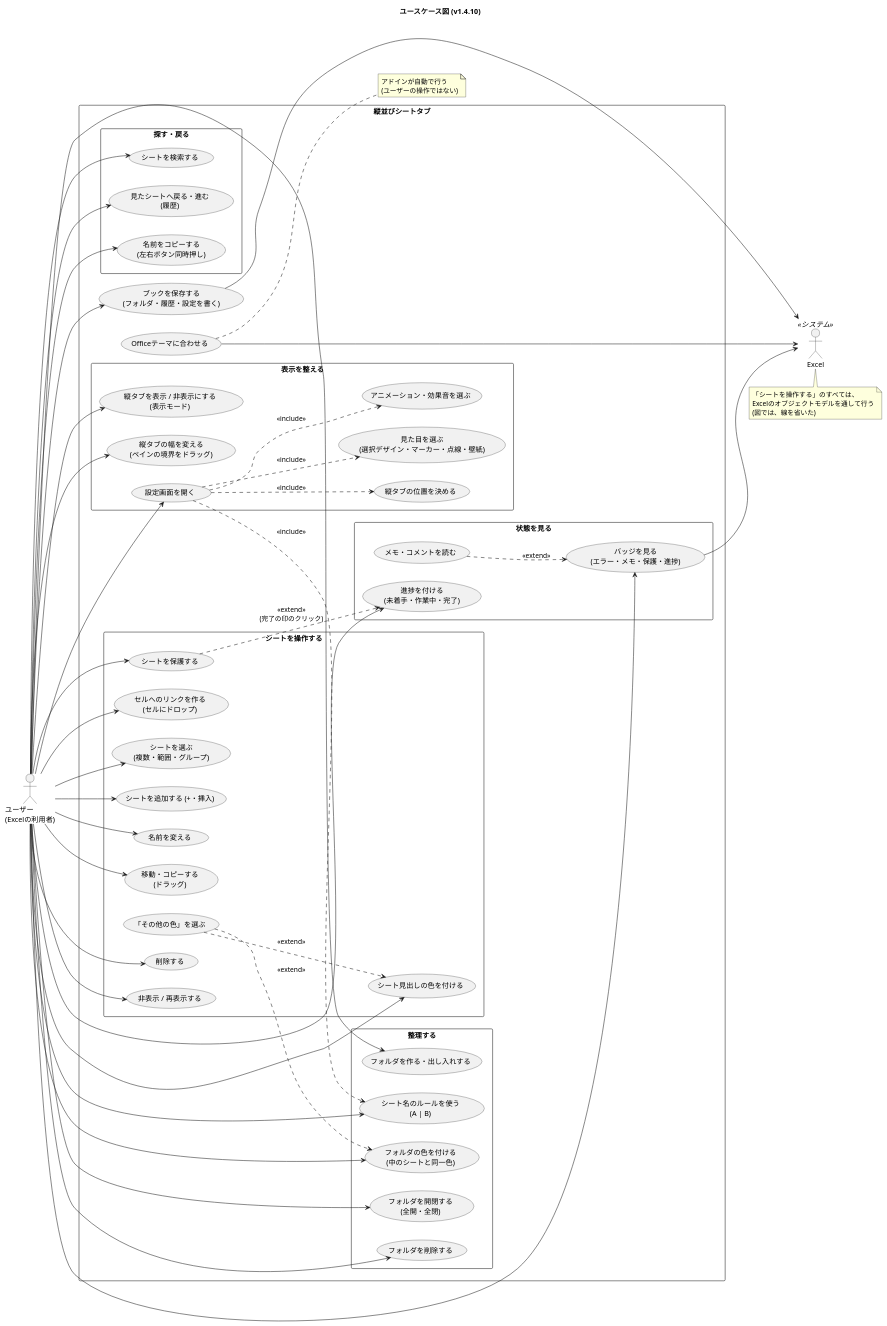
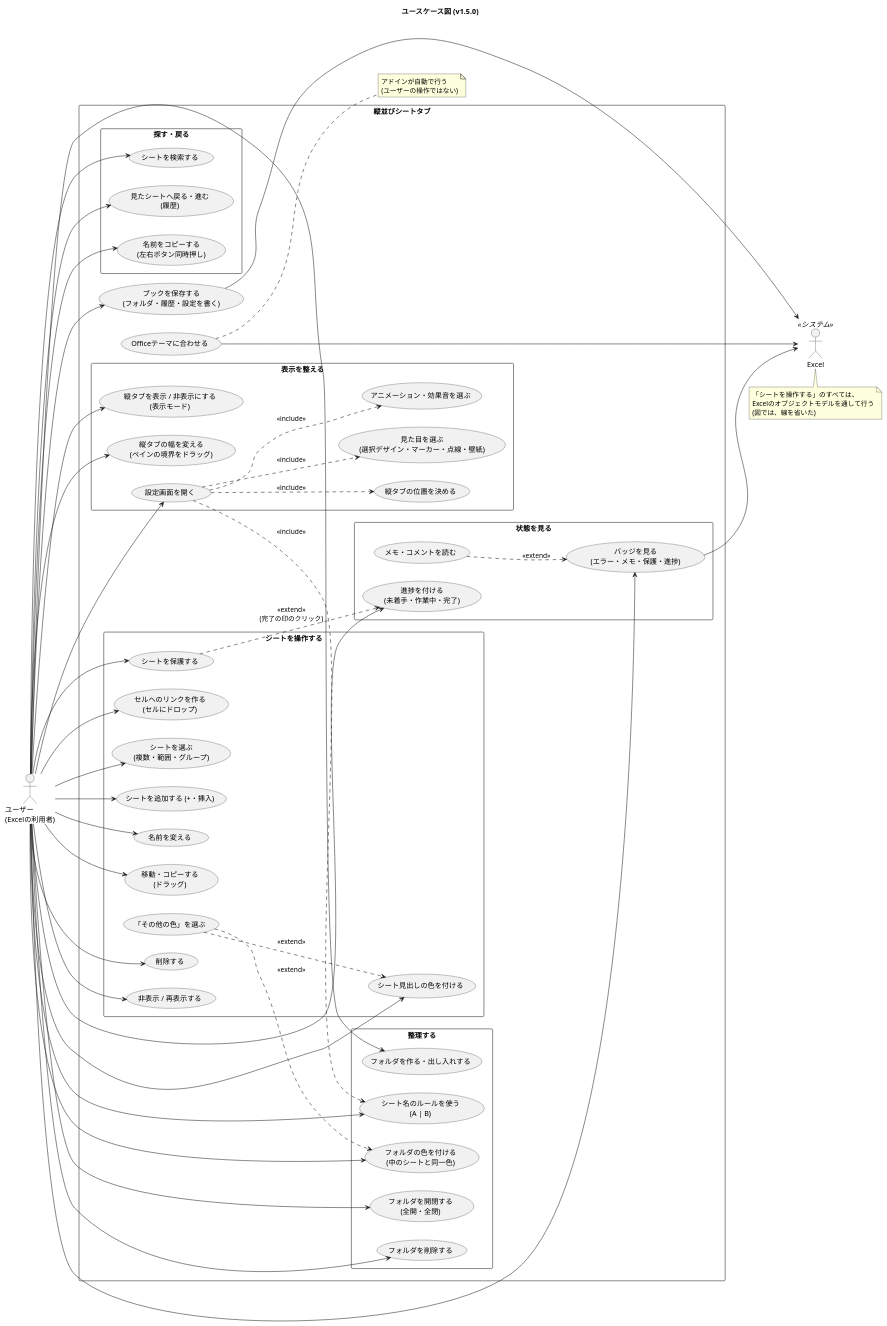
The diagram in docs/usecase.puml (nk-taka623/VerticalSheetTabs), drawn with PlantUML before and after one commit. The commit also changed 14 other files, not shown here.

```diff
--- a/docs/usecase.puml
+++ b/docs/usecase.puml
@@ -1,105 +1,105 @@
 @startuml
-title ユースケース図 (v1.4.10)
+title ユースケース図 (v1.5.0)
 left to right direction
 skinparam shadowing false
 skinparam packageStyle rectangle
 
 actor "ユーザー\n(Excelの利用者)" as U
 actor "Excel" as XL <<システム>>
 
 rectangle "縦並びシートタブ" {
 
   package "シートを操作する" {
     usecase "シートを選ぶ\n(複数・範囲・グループ)" as UC_SEL
     usecase "シートを追加する (+・挿入)" as UC_ADD
     usecase "名前を変える" as UC_REN
     usecase "移動・コピーする\n(ドラッグ)" as UC_MOVE
     usecase "削除する" as UC_DEL
     usecase "非表示 / 再表示する" as UC_HIDE
     usecase "シート見出しの色を付ける" as UC_COLOR
     usecase "「その他の色」を選ぶ" as UC_MORE
     usecase "シートを保護する" as UC_PROT
     usecase "セルへのリンクを作る\n(セルにドロップ)" as UC_LINK
   }
 
   package "整理する" {
     usecase "フォルダを作る・出し入れする" as UC_FOLDER
     usecase "フォルダを開閉する\n(全開・全閉)" as UC_TOGGLE
     usecase "フォルダの色を付ける\n(中のシートと同一色)" as UC_FCOLOR
     usecase "フォルダを削除する" as UC_FDEL
     usecase "シート名のルールを使う\n(A | B)" as UC_RULE
   }
 
   package "探す・戻る" {
     usecase "シートを検索する" as UC_SEARCH
     usecase "見たシートへ戻る・進む\n(履歴)" as UC_HIST
     usecase "名前をコピーする\n(左右ボタン同時押し)" as UC_COPY
   }
 
   package "状態を見る" {
     usecase "バッジを見る\n(エラー・メモ・保護・進捗)" as UC_BADGE
     usecase "メモ・コメントを読む" as UC_MEMO
     usecase "進捗を付ける\n(未着手・作業中・完了)" as UC_PROG
   }
 
   package "表示を整える" {
     usecase "縦タブを表示 / 非表示にする\n(表示モード)" as UC_MODE
     usecase "縦タブの位置を決める" as UC_SIDE
     usecase "縦タブの幅を変える\n(ペインの境界をドラッグ)" as UC_WIDTH
     usecase "設定画面を開く" as UC_SET
     usecase "見た目を選ぶ\n(選択デザイン・マーカー・点線・壁紙)" as UC_LOOK
     usecase "アニメーション・効果音を選ぶ" as UC_ANIM
   }
 
   usecase "ブックを保存する\n(フォルダ・履歴・設定を書く)" as UC_SAVE
   usecase "Officeテーマに合わせる" as UC_THEME
 }
 
 U --> UC_SEL
 U --> UC_ADD
 U --> UC_REN
 U --> UC_MOVE
 U --> UC_DEL
 U --> UC_HIDE
 U --> UC_COLOR
 U --> UC_PROT
 U --> UC_LINK
 U --> UC_FOLDER
 U --> UC_TOGGLE
 U --> UC_FCOLOR
 U --> UC_FDEL
 U --> UC_RULE
 U --> UC_SEARCH
 U --> UC_HIST
 U --> UC_COPY
 U --> UC_BADGE
 U --> UC_PROG
 U --> UC_MODE
 U --> UC_WIDTH
 U --> UC_SET
 U --> UC_SAVE
 
 UC_MORE ..> UC_COLOR : <<extend>>
 UC_MORE ..> UC_FCOLOR : <<extend>>
 UC_MEMO ..> UC_BADGE : <<extend>>
 UC_PROT ..> UC_PROG : <<extend>>\n(完了の印のクリック)
 UC_SET ..> UC_SIDE : <<include>>
 UC_SET ..> UC_LOOK : <<include>>
 UC_SET ..> UC_ANIM : <<include>>
 UC_SET ..> UC_RULE : <<include>>
 
 UC_SAVE --> XL
 UC_THEME --> XL
 UC_BADGE --> XL
 
 note bottom of XL
   「シートを操作する」のすべては、
   Excelのオブジェクトモデルを通して行う
   (図では、線を省いた)
 end note
 
 note right of UC_THEME
   アドインが自動で行う
   (ユーザーの操作ではない)
 end note
 @enduml
```
